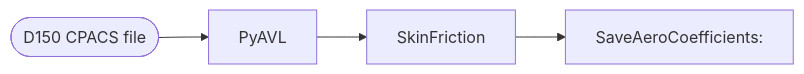
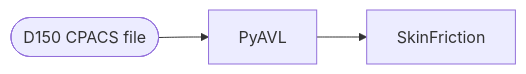
The diagram in test_cases/test_case_4/README.md (cfsengineering/CEASIOMpy), drawn with Mermaid before and after one commit. The commit also changed other lines of this file and 15 other files, not shown here.

````diff
--- a/test_cases/test_case_4/README.md
+++ b/test_cases/test_case_4/README.md
@@ -21,6 +21,5 @@
 ```mermaid
   graph LR;
       D150([D150 CPACS file])-->PyAVL;
       PyAVL-->SkinFriction;
-      SkinFriction-->SaveAeroCoefficients:
 ```
````
